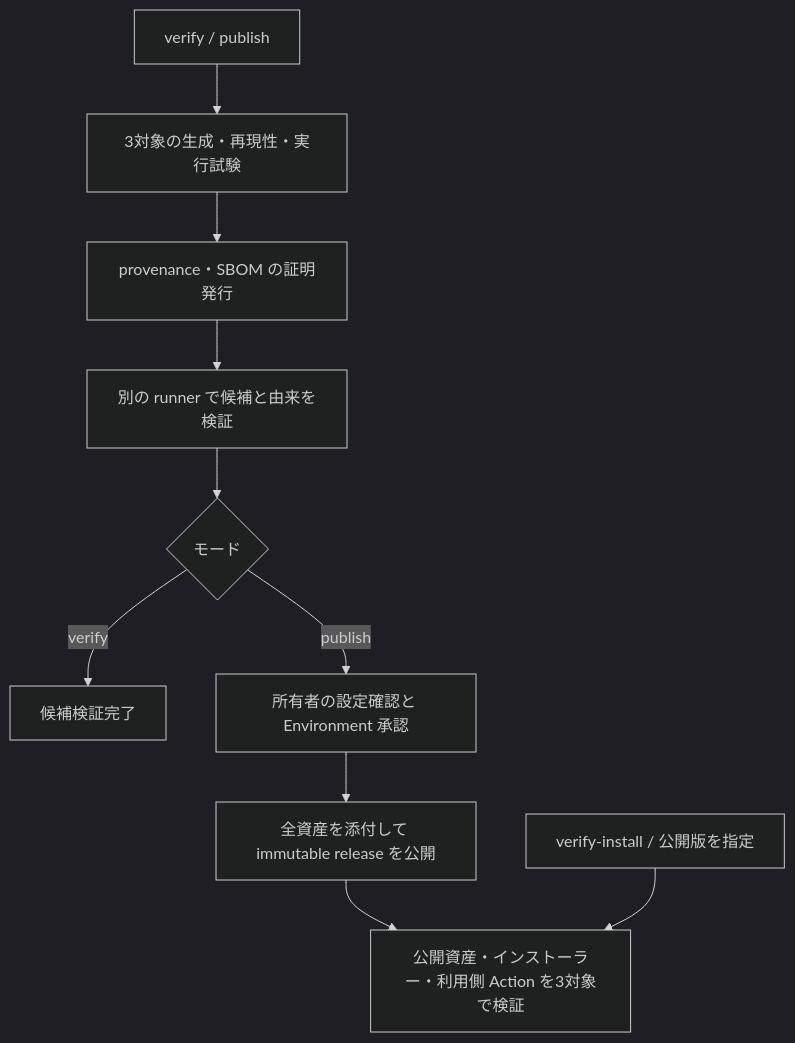
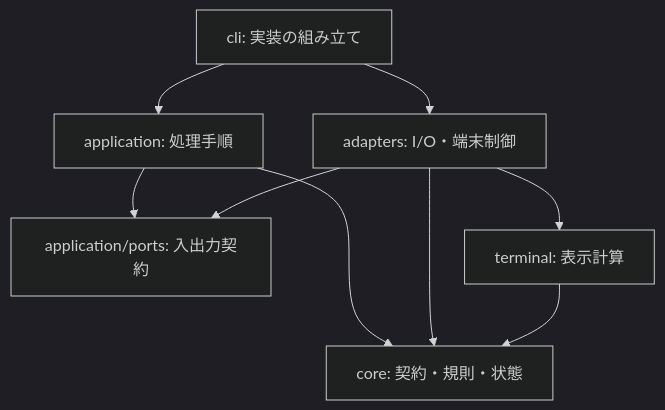
Before and after one commit to 9uiLe/hamio: the second of 2 diagrams in docs/design.md, drawn with Mermaid (dark theme). The commit also changed other lines of this file and 31 other files, not shown here.

````diff
--- a/docs/design.md
+++ b/docs/design.md
@@ -238,12 +41,11 @@
 ```mermaid
 flowchart TD
-    C[verify / publish] --> B[3対象の生成・再現性・実行試験]
-    B --> A[provenance・SBOM の証明発行]
-    A --> V[別の runner で候補と由来を検証]
-    V --> M{モード}
-    M -->|verify| E[候補検証完了]
-    M -->|publish| R[所有者の設定確認と Environment 承認]
-    R --> P[全資産を添付して immutable release を公開]
-    P --> I[公開資産・インストーラー・利用側 Action を3対象で検証]
-    D[verify-install / 公開版を指定] --> I
+    CLI[cli: 実装の組み立て] --> APP[application: 処理手順]
+    CLI --> IO[adapters: I/O・端末制御]
+    APP --> PORT[application/ports: 入出力契約]
+    APP --> CORE[core: 契約・規則・状態]
+    IO --> PORT
+    IO --> VIEW[terminal: 表示計算]
+    IO --> CORE
+    VIEW --> CORE
 ```
````
